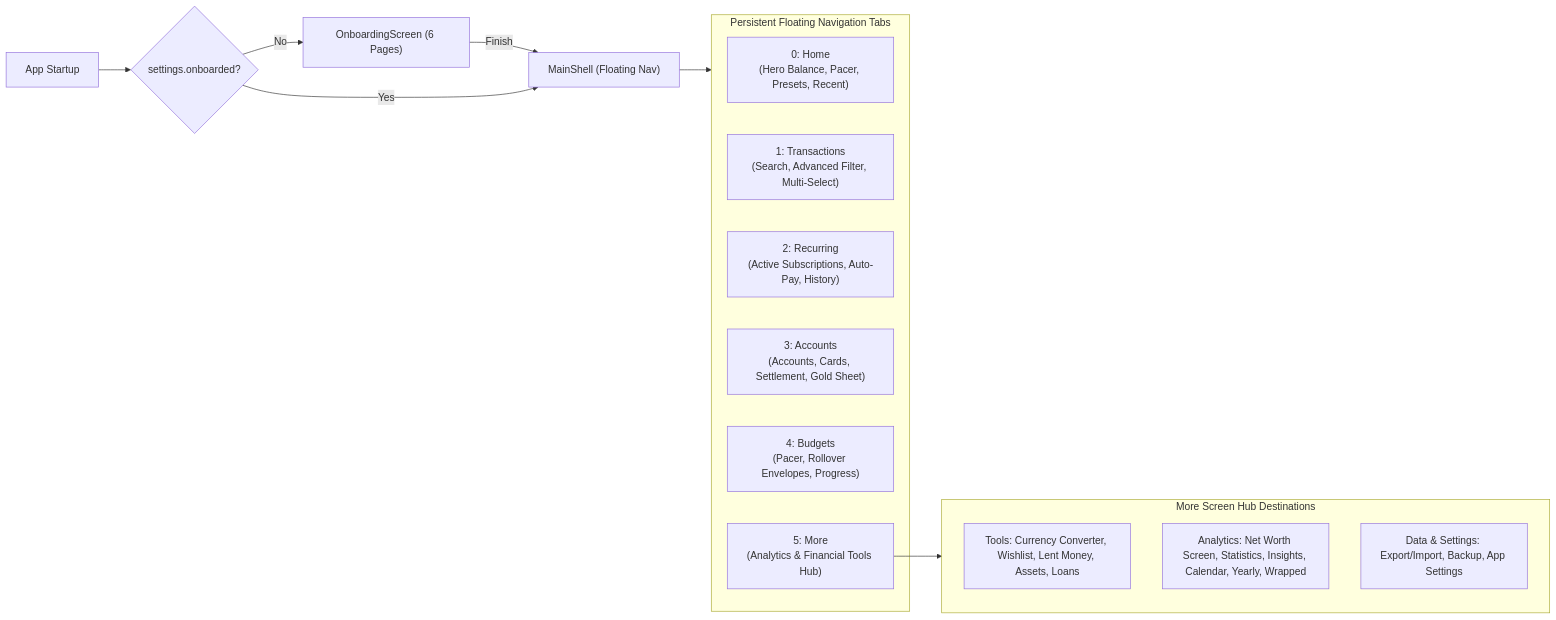
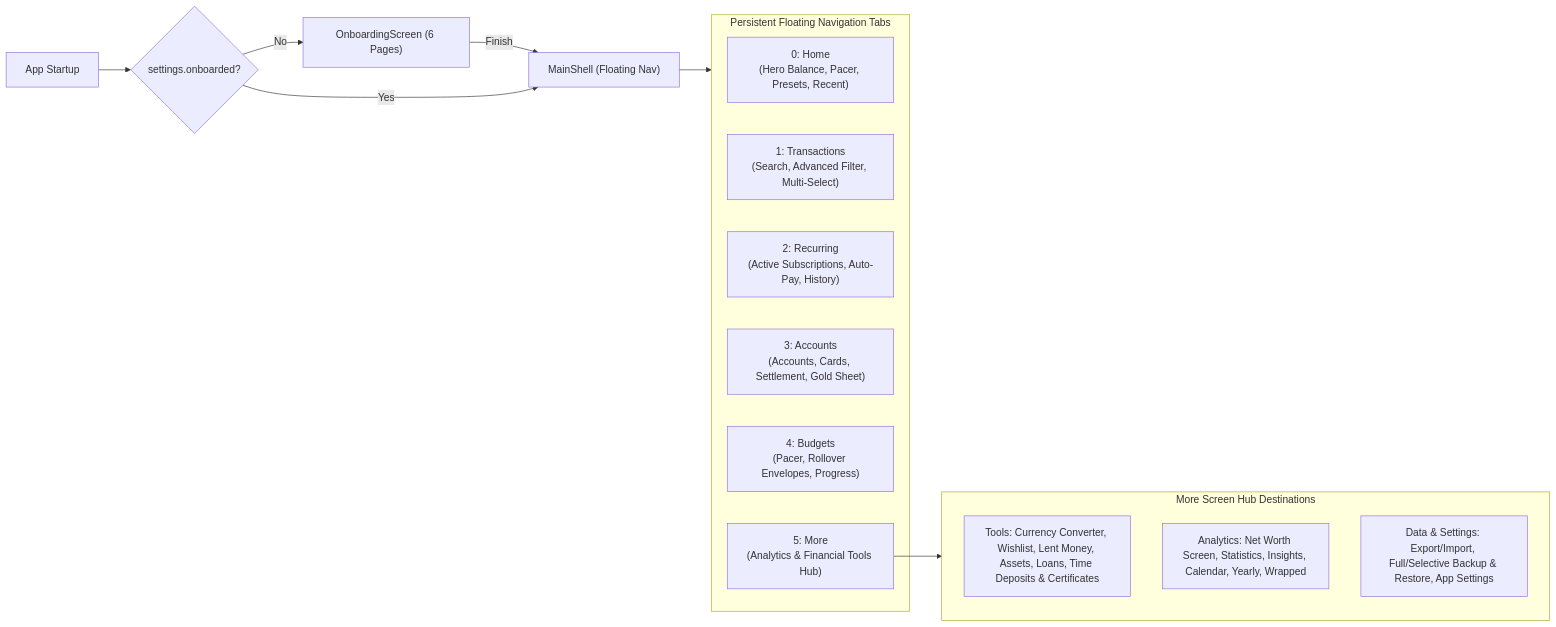
One commit to mina-android/Expensy changed the fourth of 9 diagrams in STRUCTURE.md. Above: the diagram before and after it, drawn with Mermaid. The commit also changed other lines of this file and 184 other files, not shown here.

Commit message:
feat(v1.2.2): fintech UI overhaul, cards separation, time deposits & carousel persistence

````diff
--- a/STRUCTURE.md
+++ b/STRUCTURE.md
@@ -348,26 +373,26 @@
 ```mermaid
 flowchart LR
     Root["App Startup"] --> OnboardingCheck{"settings.onboarded?"}
     OnboardingCheck -->|No| Onboarding["OnboardingScreen (6 Pages)"]
     Onboarding -->|Finish| Shell["MainShell (Floating Nav)"]
     OnboardingCheck -->|Yes| Shell
 
     subgraph ShellTabs ["Persistent Floating Navigation Tabs"]
         Tab0["0: Home\n(Hero Balance, Pacer, Presets, Recent)"]
         Tab1["1: Transactions\n(Search, Advanced Filter, Multi-Select)"]
         Tab2["2: Recurring\n(Active Subscriptions, Auto-Pay, History)"]
         Tab3["3: Accounts\n(Accounts, Cards, Settlement, Gold Sheet)"]
         Tab4["4: Budgets\n(Pacer, Rollover Envelopes, Progress)"]
         Tab5["5: More\n(Analytics & Financial Tools Hub)"]
     end
 
     Shell --> ShellTabs
 
     subgraph MoreHub ["More Screen Hub Destinations"]
-        Tools["Tools: Currency Converter, Wishlist, Lent Money, Assets, Loans"]
+        Tools["Tools: Currency Converter, Wishlist, Lent Money, Assets, Loans, Time Deposits & Certificates"]
         Analytics["Analytics: Net Worth Screen, Statistics, Insights, Calendar, Yearly, Wrapped"]
-        SettingsDest["Data & Settings: Export/Import, Backup, App Settings"]
+        SettingsDest["Data & Settings: Export/Import, Full/Selective Backup & Restore, App Settings"]
     end
 
     Tab5 --> MoreHub
 ```
````
